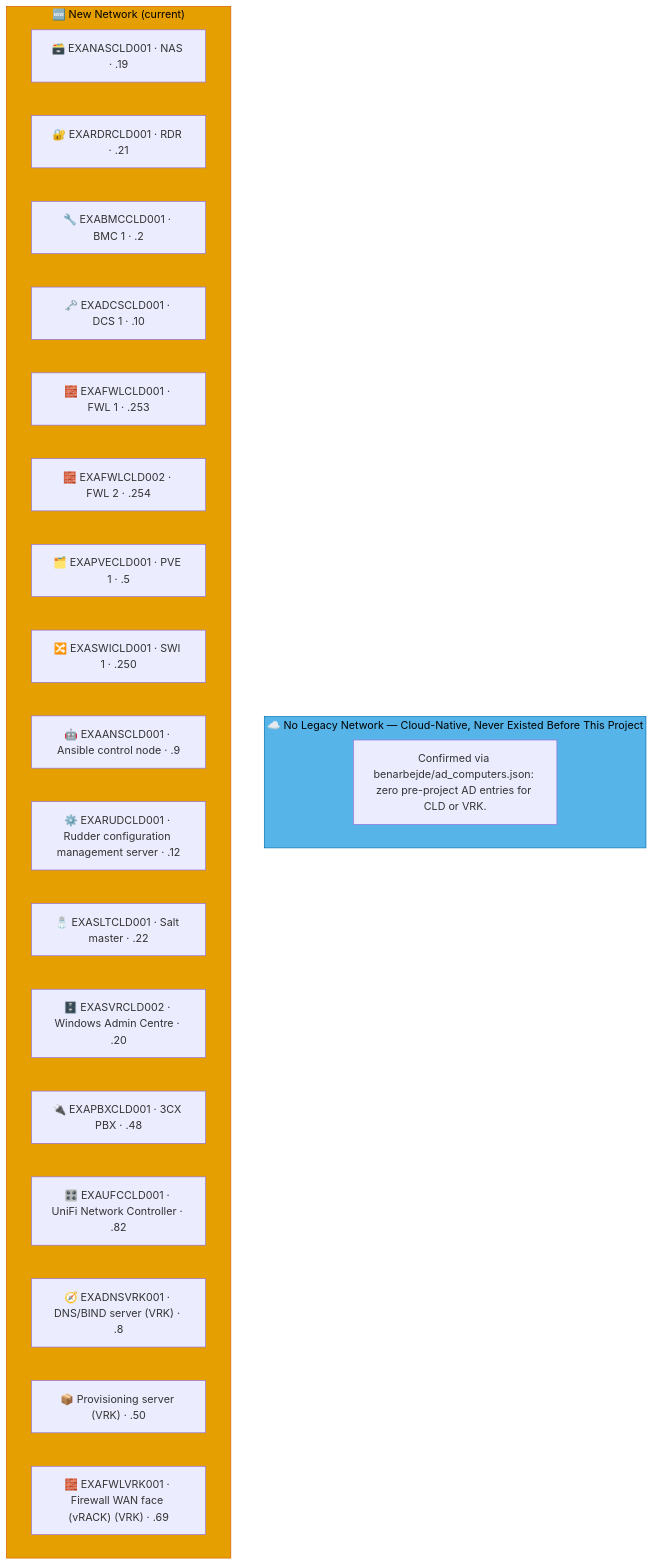
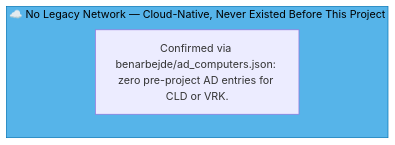
Before and after one commit to knightmare2600/example_music_infra: the first of 2 diagrams in docs/network-diagram/cld.md, drawn with Mermaid. The commit also changed other lines of this file and 1 other file, not shown here.

First line of the commit message:
docs/network-diagram/cld.md: retire New Network box, reformat header, black/white styling

````diff
--- a/docs/network-diagram/cld.md
+++ b/docs/network-diagram/cld.md
@@ -23,29 +32,7 @@
 ```mermaid
 graph TD
     subgraph OLD_CLD ["☁️ No Legacy Network — Cloud-Native, Never Existed Before This Project"]
       N_OLD_NOTE["Confirmed via benarbejde/ad_computers.json: zero pre-project AD entries for CLD or VRK."]
     end
     style OLD_CLD fill:#56B4E9,stroke:#0072B2,color:#000000
-    %% GENERATED:NEW-NETWORK:CLD:START
-    subgraph NEW_CLD ["🆕 New Network (current)"]
-      N_NAS["🗃️ EXANASCLD001 · NAS · .19"]
-      N_RDR["🔐 EXARDRCLD001 · RDR · .21"]
-      N_BMC["🔧 EXABMCCLD001 · BMC 1 · .2"]
-      N_DCS["🗝️ EXADCSCLD001 · DCS 1 · .10"]
-      N_FWL["🧱 EXAFWLCLD001 · FWL 1 · .253"]
-      N_FWL2["🧱 EXAFWLCLD002 · FWL 2 · .254"]
-      N_PVE["🗂️ EXAPVECLD001 · PVE 1 · .5"]
-      N_SWI["🔀 EXASWICLD001 · SWI 1 · .250"]
-      N_ANS["🤖 EXAANSCLD001 · Ansible control node · .9"]
-      N_RUD["⚙️ EXARUDCLD001 · Rudder configuration management server · .12"]
-      N_SLT["🧂 EXASLTCLD001 · Salt master · .22"]
-      N_SVR["🗄️ EXASVRCLD002 · Windows Admin Centre · .20"]
-      N_PBX["🔌 EXAPBXCLD001 · 3CX PBX · .48"]
-      N_UFC["🎛️ EXAUFCCLD001 · UniFi Network Controller · .82"]
-      N_DNS["🧭 EXADNSVRK001 · DNS/BIND server (VRK) · .8"]
-      N_TMP["📦 Provisioning server (VRK) · .50"]
-      N_FWL3["🧱 EXAFWLVRK001 · Firewall WAN face (vRACK) (VRK) · .69"]
-    end
-    style NEW_CLD fill:#E69F00,stroke:#D55E00,color:#000000
-    %% GENERATED:NEW-NETWORK:CLD:END
 ```
````
